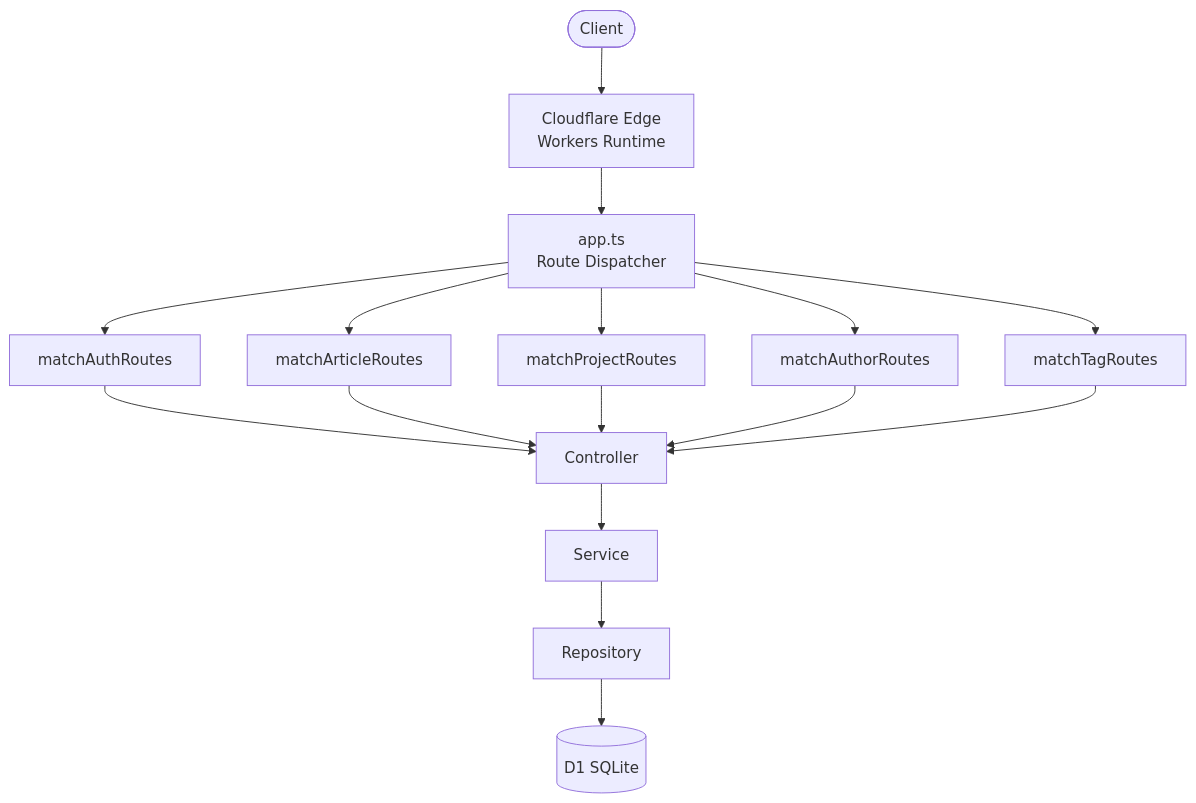
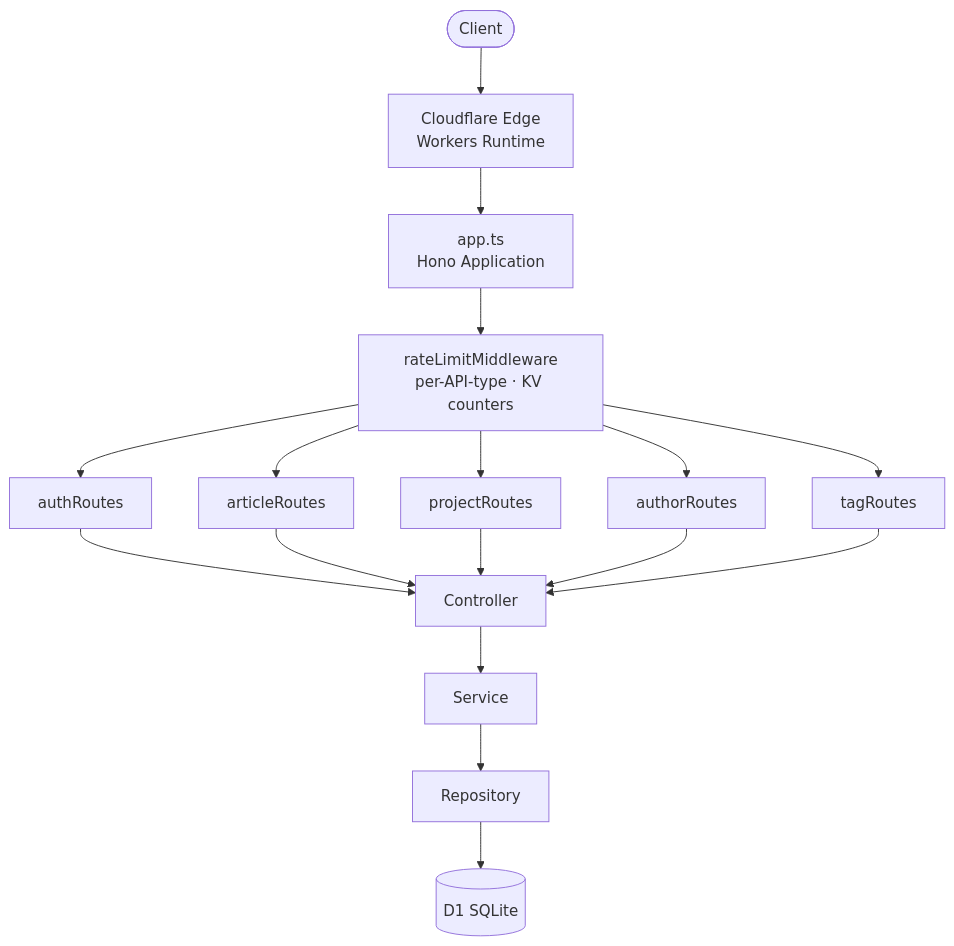
Before and after one commit to pphatdev/api.pphat.me: the first of 9 diagrams in doc/ARCHITECTURE.md, drawn with Mermaid. The commit also changed other lines of this file and 12 other files, not shown here.

Commit message:
feat: update version to 0.8.3, implement per-API-type rate limiting, and enhance architecture documentation

````diff
--- a/doc/ARCHITECTURE.md
+++ b/doc/ARCHITECTURE.md
@@ -9,14 +9,15 @@
 ```mermaid
 flowchart TD
     Client([Client]) --> Edge[Cloudflare Edge\nWorkers Runtime]
-    Edge --> App[app.ts\nRoute Dispatcher]
-    App --> R1[matchAuthRoutes]
-    App --> R2[matchArticleRoutes]
-    App --> R3[matchProjectRoutes]
-    App --> R4[matchAuthorRoutes]
-    App --> R5[matchTagRoutes]
+    Edge --> App[app.ts\nHono Application]
+    App --> RL[rateLimitMiddleware\nper-API-type · KV counters]
+    RL --> R1[authRoutes]
+    RL --> R2[articleRoutes]
+    RL --> R3[projectRoutes]
+    RL --> R4[authorRoutes]
+    RL --> R5[tagRoutes]
     R1 & R2 & R3 & R4 & R5 --> Controller
     Controller --> Service
     Service --> Repository
     Repository --> D1[(D1 SQLite)]
 ```
````
